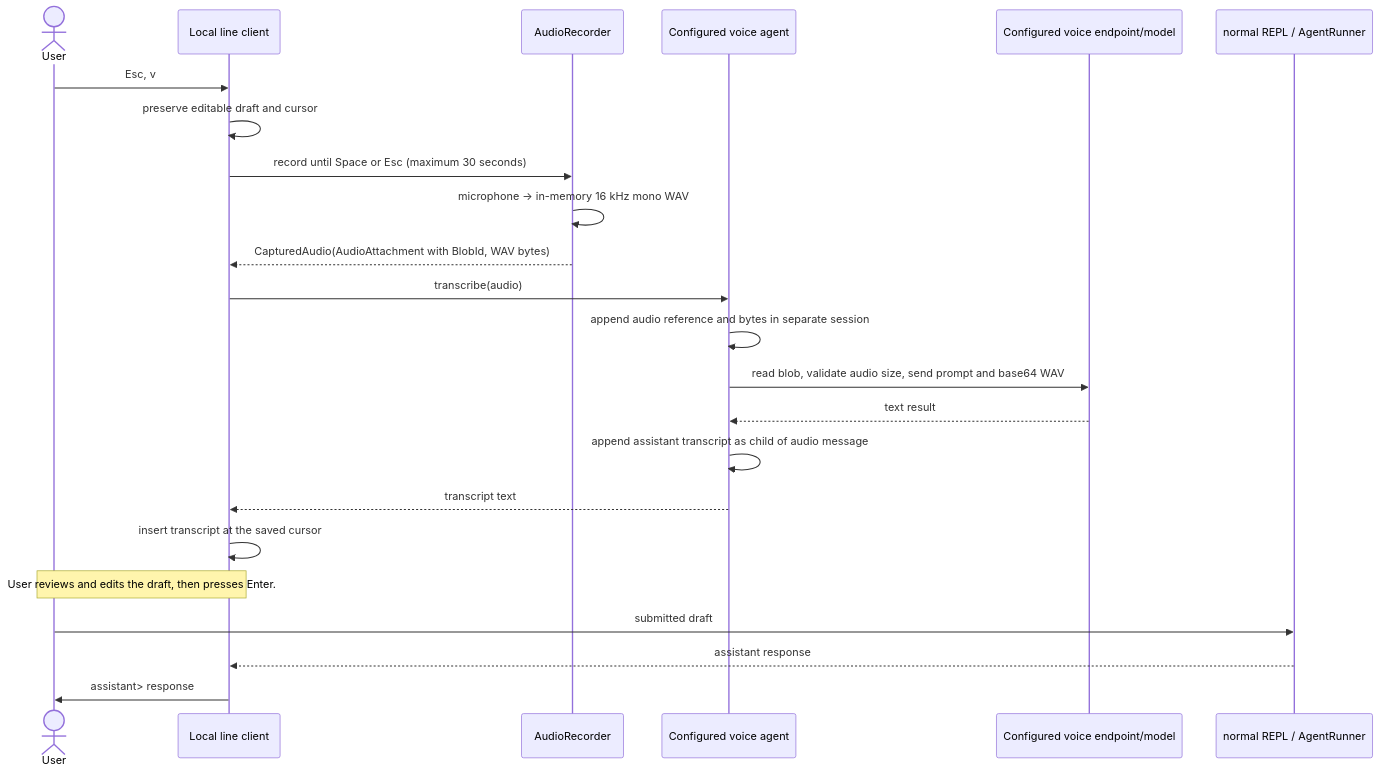
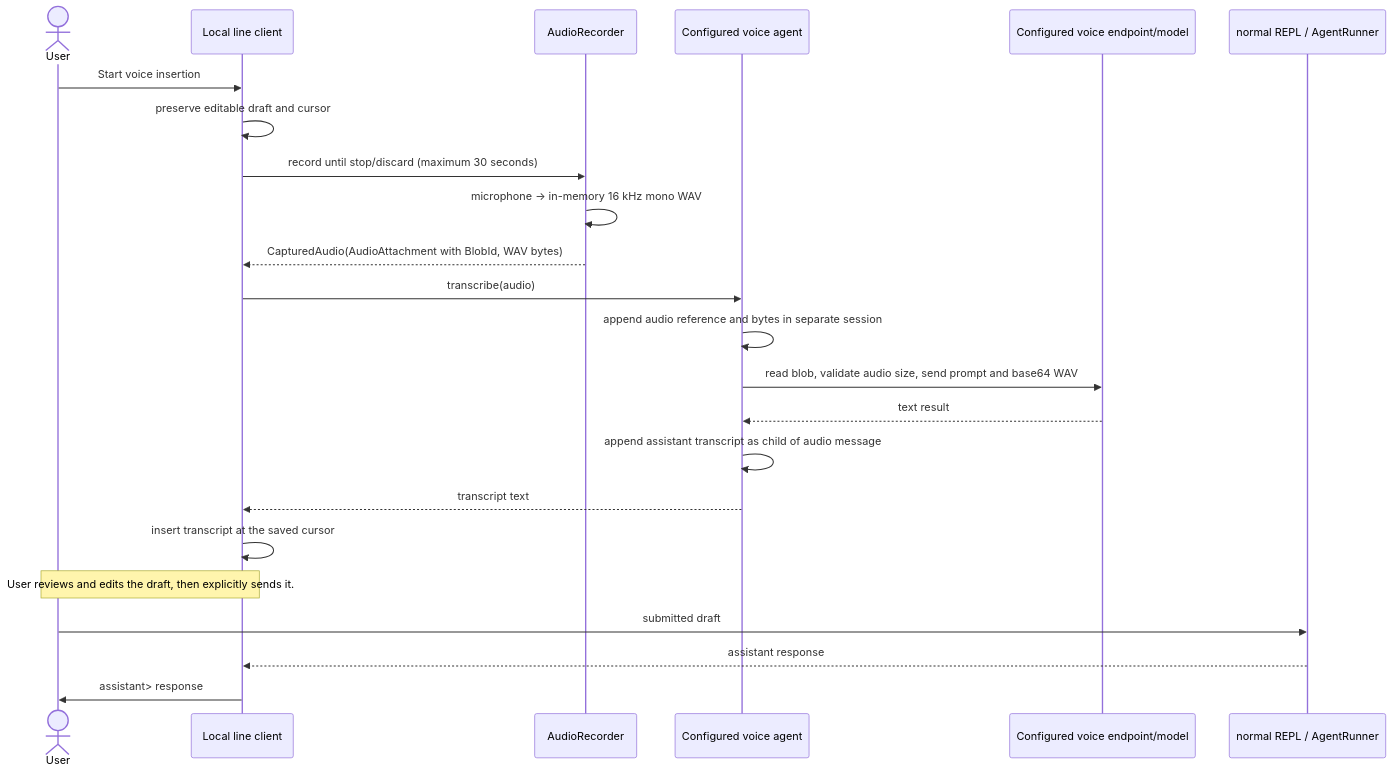
One commit to FabioPinheiro/yallmo changed the diagram in docs/REPL.md. Above: the diagram before and after it, drawn with Mermaid. The commit also changed other lines of this file and 30 other files, not shown here.

````diff
--- a/docs/REPL.md
+++ b/docs/REPL.md
@@ -312,26 +293,26 @@
 ```mermaid
 sequenceDiagram
     actor User
     participant Line as Local line client
     participant Recorder as AudioRecorder
     participant Voice as Configured voice agent
     participant Model as Configured voice endpoint/model
     participant Agent as normal REPL / AgentRunner
 
-    User->>Line: Esc, v
+    User->>Line: Start voice insertion
     Line->>Line: preserve editable draft and cursor
-    Line->>Recorder: record until Space or Esc (maximum 30 seconds)
+    Line->>Recorder: record until stop/discard (maximum 30 seconds)
     Recorder->>Recorder: microphone → in-memory 16 kHz mono WAV
     Recorder-->>Line: CapturedAudio(AudioAttachment with BlobId, WAV bytes)
     Line->>Voice: transcribe(audio)
     Voice->>Voice: append audio reference and bytes in separate session
     Voice->>Model: read blob, validate audio size, send prompt and base64 WAV
     Model-->>Voice: text result
     Voice->>Voice: append assistant transcript as child of audio message
     Voice-->>Line: transcript text
     Line->>Line: insert transcript at the saved cursor
-    Note over User,Line: User reviews and edits the draft, then presses Enter.
+    Note over User,Line: User reviews and edits the draft, then explicitly sends it.
     User->>Agent: submitted draft
     Agent-->>Line: assistant response
     Line->>User: assistant> response
 ```
````
